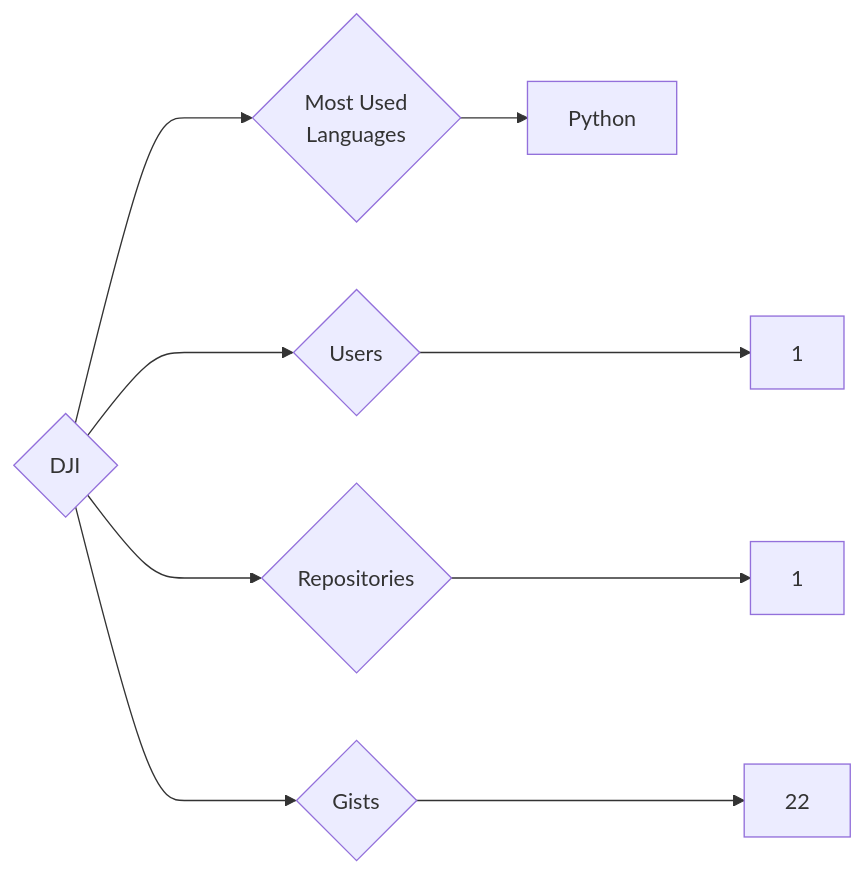
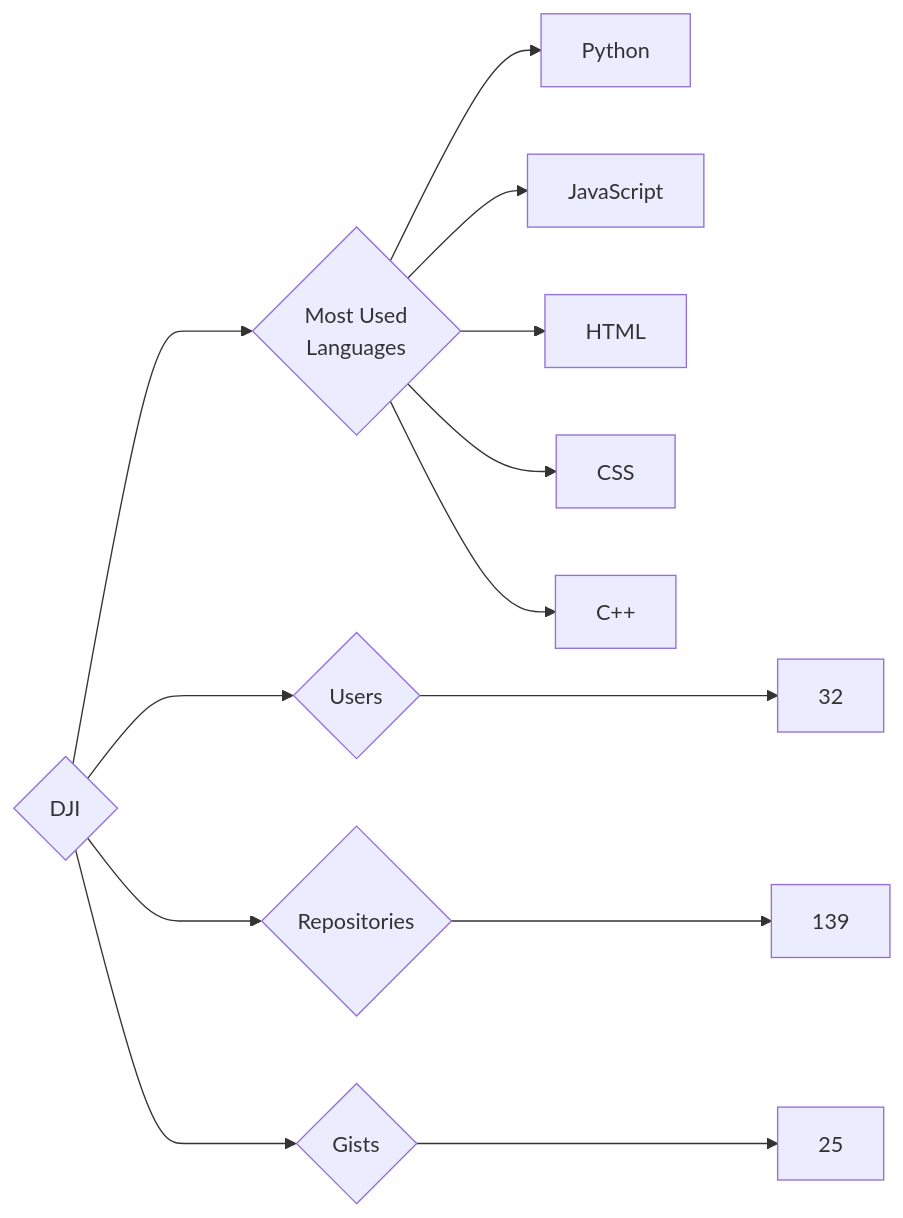
One commit to trickest/insiders changed the diagram in targets/DJI/README.md. Above: the diagram before and after it, drawn with Mermaid. The commit also changed 873 other files, not shown here.

````diff
--- a/targets/DJI/README.md
+++ b/targets/DJI/README.md
@@ -3,9 +3,13 @@
 ```mermaid
 graph LR
 COMPANY_NAME{DJI}
-COMPANY_NAME ---> U{Users} ---> UN[1]
-COMPANY_NAME ---> R{Repositories} ---> RN[1]
-COMPANY_NAME ---> G{Gists} ---> GN[22]
+COMPANY_NAME ---> U{Users} ---> UN[32]
+COMPANY_NAME ---> R{Repositories} ---> RN[139]
+COMPANY_NAME ---> G{Gists} ---> GN[25]
 COMPANY_NAME ---> ML{Most Used<br>Languages}
 ML --> Python[Python]
+ML --> JavaScript[JavaScript]
+ML --> HTML[HTML]
+ML --> CSS[CSS]
+ML --> C++[C++]
 ```
````
